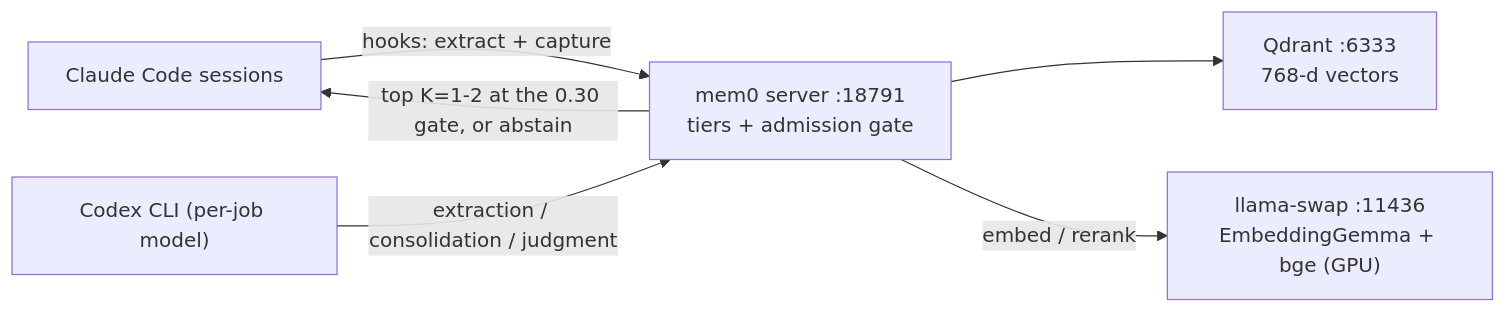
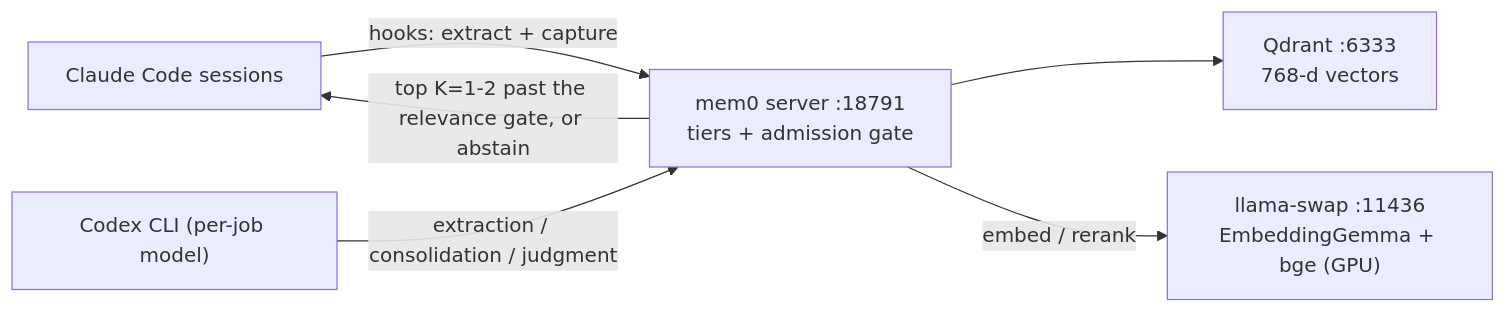
One commit to dmmdea/agentic-memory-stack-for-claude-code changed the diagram in README.md. Above: the diagram before and after it, drawn with Mermaid. The commit also changed other lines of this file and 45 other files, not shown here.

````diff
--- a/README.md
+++ b/README.md
@@ -19,8 +19,8 @@
 ```mermaid
 flowchart LR
     A["Claude Code sessions"] -->|"hooks: extract + capture"| B["mem0 server :18791<br/>tiers + admission gate"]
     B --> C["Qdrant :6333<br/>768-d vectors"]
     B -->|"embed / rerank"| D["llama-swap :11436<br/>EmbeddingGemma + bge (GPU)"]
     E["Codex CLI (per-job model)"] -->|"extraction / consolidation / judgment"| B
-    B -->|"top K=1-2 at the 0.30 gate, or abstain"| A
+    B -->|"top K=1-2 past the relevance gate, or abstain"| A
 ```
````
